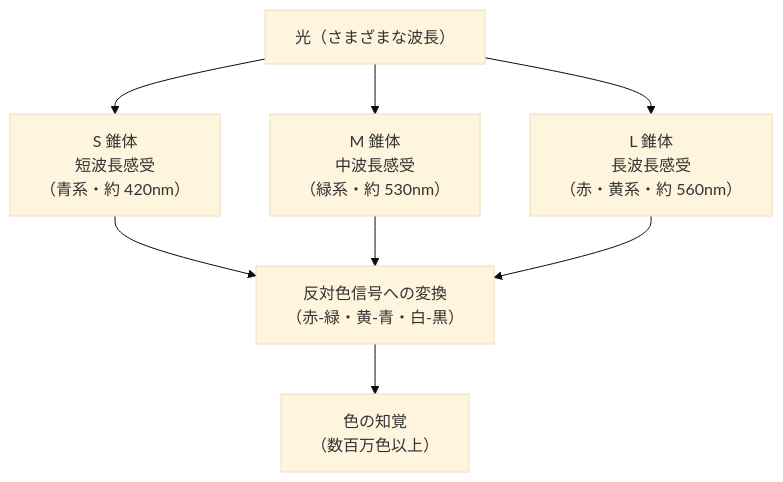
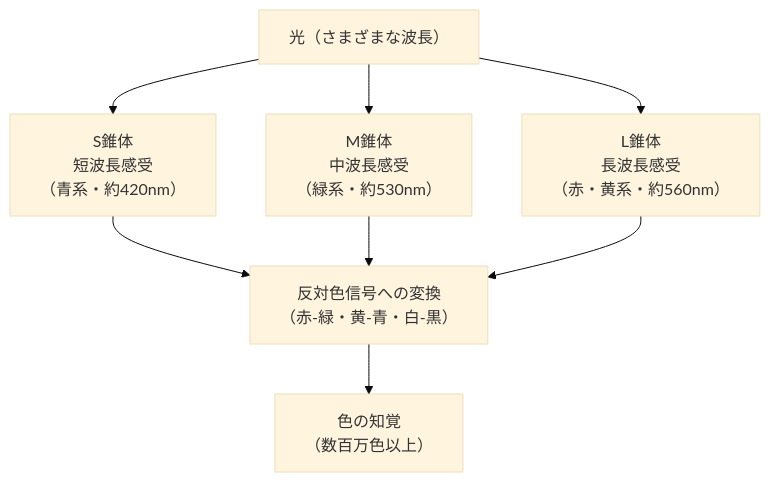
Before and after one commit to ozaki25/color-coordination-training-ozaki25: the third of 4 diagrams in docs/lessons/lesson08/index.md, drawn with Mermaid (base theme). The commit also changed other lines of this file and 27 other files, not shown here.

````diff
--- a/docs/lessons/lesson08/index.md
+++ b/docs/lessons/lesson08/index.md
@@ -87,10 +87,10 @@
 ```mermaid
 graph TD
-    光["光（さまざまな波長）"] --> S["S 錐体\n短波長感受\n（青系・約 420nm）"]
-    光 --> M["M 錐体\n中波長感受\n（緑系・約 530nm）"]
-    光 --> L["L 錐体\n長波長感受\n（赤・黄系・約 560nm）"]
+    光["光（さまざまな波長）"] --> S["S錐体\n短波長感受\n（青系・約420nm）"]
+    光 --> M["M錐体\n中波長感受\n（緑系・約530nm）"]
+    光 --> L["L錐体\n長波長感受\n（赤・黄系・約560nm）"]
     S --> 反対色["反対色信号への変換\n（赤-緑・黄-青・白-黒）"]
     M --> 反対色
     L --> 反対色
     反対色 --> 色知覚["色の知覚\n（数百万色以上）"]
 ```
````
